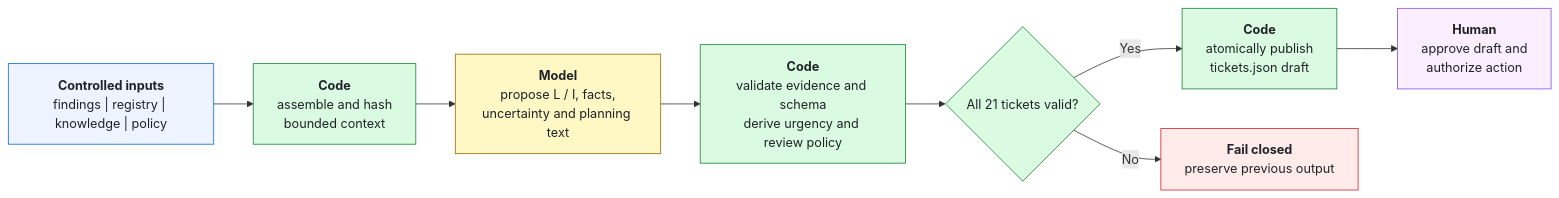
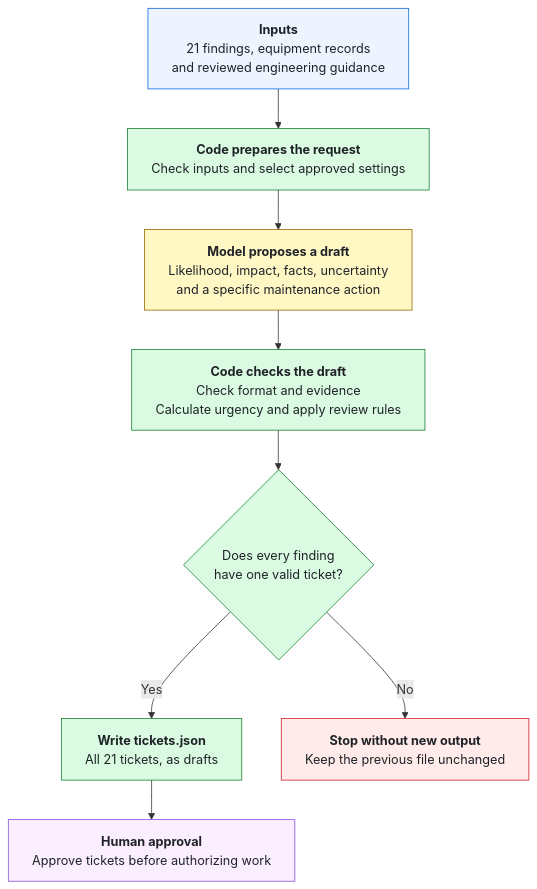
The diagram in README.md (ntnguyen-so/inspection-finding-triage), drawn with Mermaid before and after one commit. The commit also changed other lines of this file and 10 other files, not shown here.

First line of the commit message:
docs: simplify English and clarify workflow diagrams

````diff
--- a/README.md
+++ b/README.md
@@ -25,27 +29,28 @@
 ```mermaid
-flowchart LR
-    I["<b>Controlled inputs</b><br/>findings | registry | knowledge | policy"]
-    A["<b>Code</b><br/>assemble and hash<br/>bounded context"]
-    M["<b>Model</b><br/>propose L / I, facts,<br/>uncertainty and planning text"]
-    D["<b>Code</b><br/>validate evidence and schema<br/>derive urgency and review policy"]
-    P{"All 21 tickets valid?"}
-    O["<b>Code</b><br/>atomically publish<br/>tickets.json draft"]
-    H["<b>Human</b><br/>approve draft and<br/>authorize action"]
-    X["<b>Fail closed</b><br/>preserve previous output"]
+%%{init: {"flowchart": {"wrappingWidth": 360}}}%%
+flowchart TB
+    I["<b>Inputs</b><br/>21 findings, equipment records<br/>and reviewed engineering guidance"]
+    A["<b>Code prepares the request</b><br/>Check inputs and select approved settings"]
+    M["<b>Model proposes a draft</b><br/>Likelihood, impact, facts, uncertainty<br/>and a specific maintenance action"]
+    D["<b>Code checks the draft</b><br/>Check format and evidence<br/>Calculate urgency and apply review rules"]
+    P{"Does every finding<br/>have one valid ticket?"}
+    O["<b>Write tickets.json</b><br/>All 21 tickets, as drafts"]
+    H["<b>Human approval</b><br/>Approve tickets before authorizing work"]
+    X["<b>Stop without new output</b><br/>Keep the previous file unchanged"]
 
     I --> A --> M --> D --> P
     P -- Yes --> O --> H
     P -- No --> X
 
     classDef input fill:#eef4ff,stroke:#0969da,color:#1f2328;
     classDef model fill:#fff8c5,stroke:#9a6700,color:#1f2328;
     classDef code fill:#dafbe1,stroke:#1a7f37,color:#1f2328;
     classDef human fill:#fbefff,stroke:#8250df,color:#1f2328;
     classDef failure fill:#ffebe9,stroke:#cf222e,color:#1f2328;
 
     class I input;
     class M model;
     class A,D,P,O code;
     class H human;
     class X failure;
 ```
````
